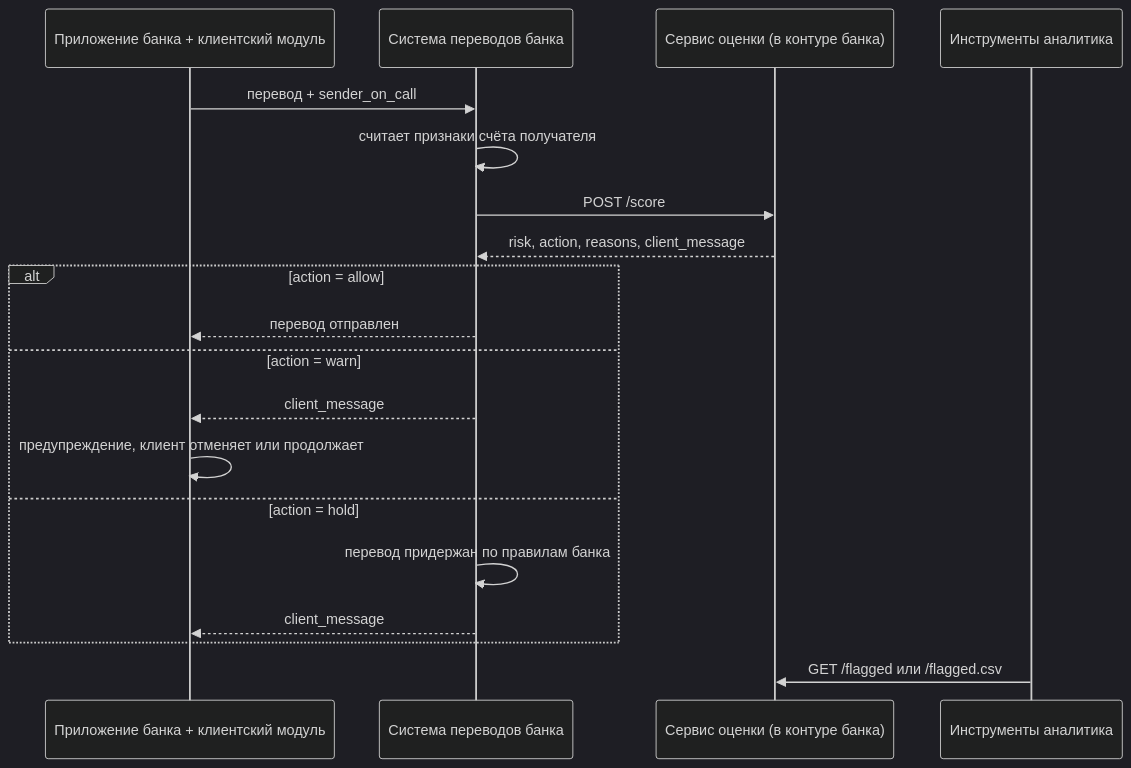
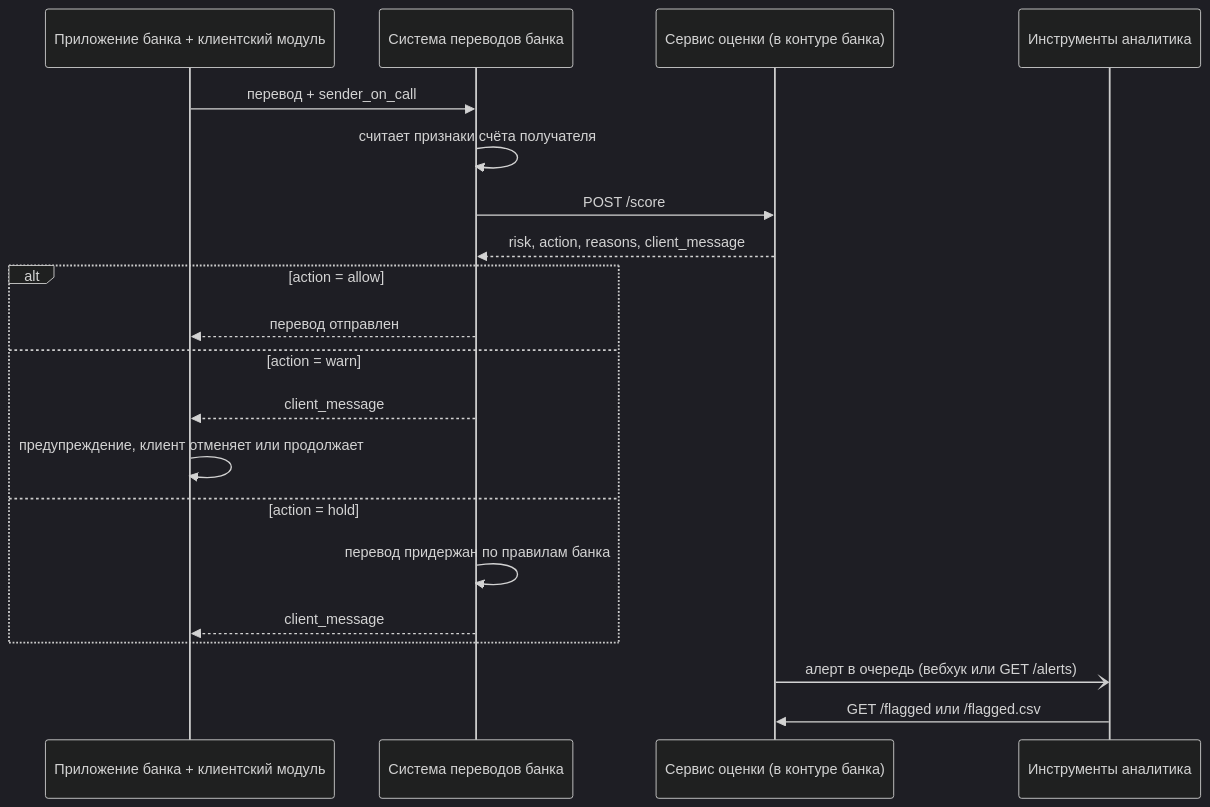
Before and after one commit to olegv768/bcc-hack: the diagram in docs/INTEGRATION.md, drawn with Mermaid (dark theme). The commit also changed other lines of this file and 28 other files, not shown here.

````diff
--- a/docs/INTEGRATION.md
+++ b/docs/INTEGRATION.md
@@ -9,22 +9,23 @@
 ```mermaid
 sequenceDiagram
     participant App as Приложение банка + клиентский модуль
     participant Core as Система переводов банка
     participant Score as Сервис оценки (в контуре банка)
     participant Analyst as Инструменты аналитика
 
     App->>Core: перевод + sender_on_call
     Core->>Core: считает признаки счёта получателя
     Core->>Score: POST /score
     Score-->>Core: risk, action, reasons, client_message
     alt action = allow
         Core-->>App: перевод отправлен
     else action = warn
         Core-->>App: client_message
         App->>App: предупреждение, клиент отменяет или продолжает
     else action = hold
         Core->>Core: перевод придержан по правилам банка
         Core-->>App: client_message
     end
+    Score-)Analyst: алерт в очередь (вебхук или GET /alerts)
     Analyst->>Score: GET /flagged или /flagged.csv
 ```
````
